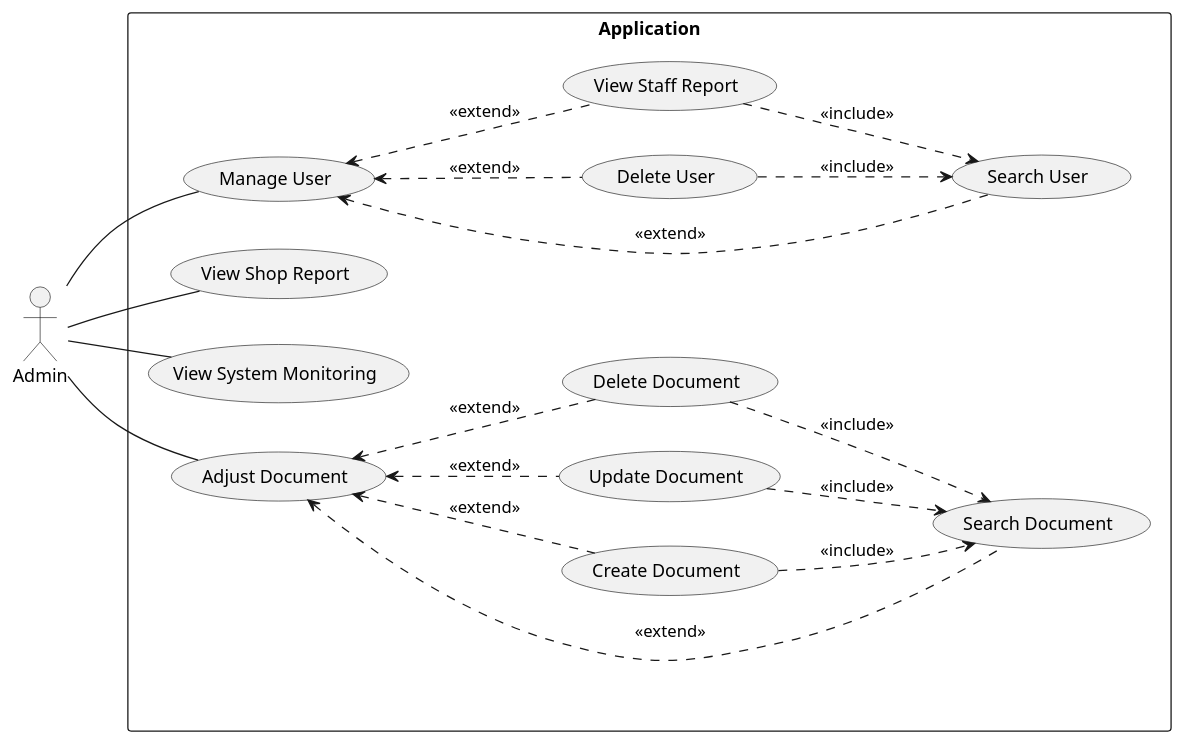
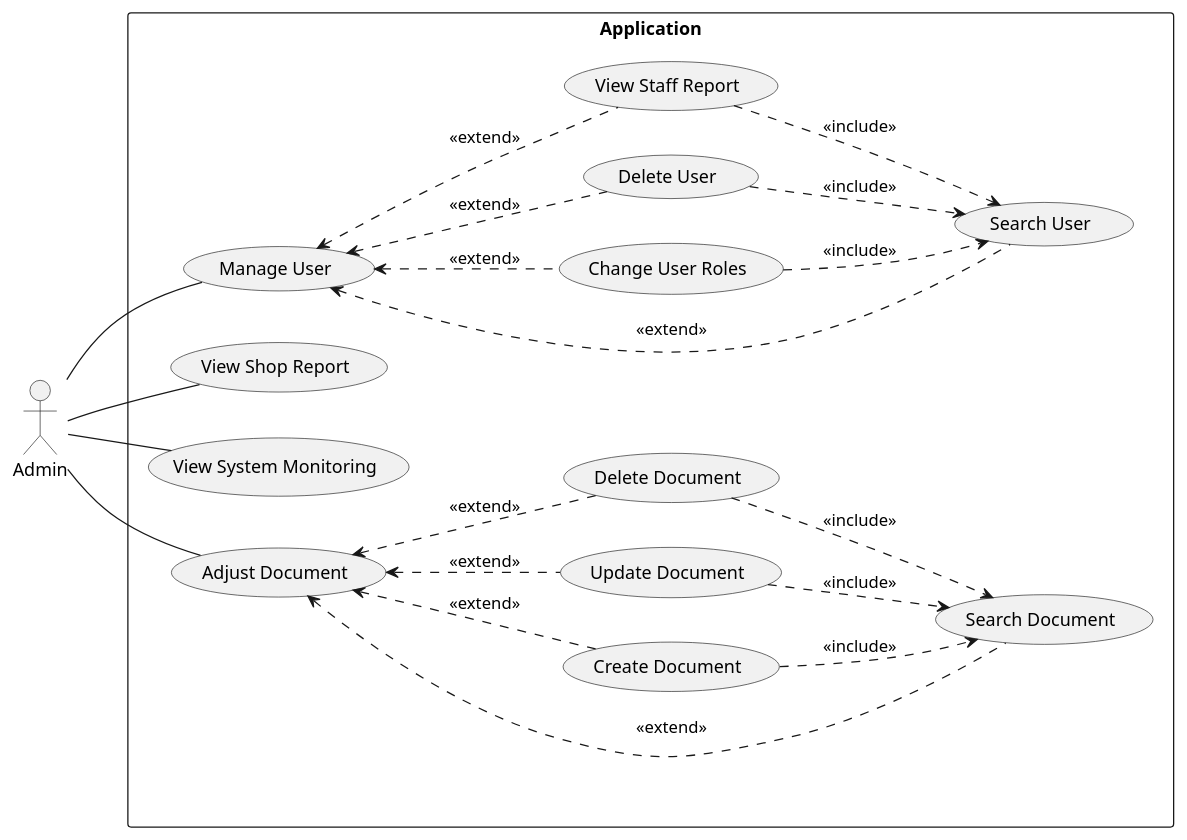
The diagram in docs/docs/use-case/admin.md (electricilies/electricilies.github.io), drawn with PlantUML before and after one commit.

Commit message:
chore(use-case): admin miss change roles

````diff
--- a/docs/docs/use-case/admin.md
+++ b/docs/docs/use-case/admin.md
@@ -3,39 +3,42 @@
 ```plantuml
 @startuml
 left to right direction
 actor Admin
 
 rectangle "Application" {
   usecase UC01 as "Manage User"
   usecase UC02 as "Search User"
-  usecase UC03 as "Delete User"
-  usecase UC04 as "View Staff Report"
-  usecase UC05 as "View Shop Report"
-  usecase UC06 as "View System Monitoring"
-  usecase UC07 as "Adjust Document"
-  usecase UC08 as "Search Document"
-  usecase UC09 as "Create Document"
-  usecase UC10 as "Update Document"
-  usecase UC11 as "Delete Document"
+  usecase UC03 as "Change User Roles"
+  usecase UC04 as "Delete User"
+  usecase UC05 as "View Staff Report"
+  usecase UC06 as "View Shop Report"
+  usecase UC07 as "View System Monitoring"
+  usecase UC08 as "Adjust Document"
+  usecase UC09 as "Search Document"
+  usecase UC10 as "Create Document"
+  usecase UC11 as "Update Document"
+  usecase UC12 as "Delete Document"
 }
 
 Admin -- UC01
-Admin -- UC05
 Admin -- UC06
 Admin -- UC07
+Admin -- UC08
 
 UC01 <.. UC02 : <<extend>>
 UC01 <.. UC03 : <<extend>>
 UC01 <.. UC04 : <<extend>>
+UC01 <.. UC05 : <<extend>>
 UC03 ..> UC02 : <<include>>
 UC04 ..> UC02 : <<include>>
-UC07 <.. UC08 : <<extend>>
-UC07 <.. UC09 : <<extend>>
-UC07 <.. UC10 : <<extend>>
-UC07 <.. UC11 : <<extend>>
-UC09 ..> UC08 : <<include>>
-UC10 ..> UC08 : <<include>>
-UC11 ..> UC08 : <<include>>
+UC05 ..> UC02 : <<include>>
+UC08 <.. UC09 : <<extend>>
+UC08 <.. UC10 : <<extend>>
+UC08 <.. UC11 : <<extend>>
+UC08 <.. UC12 : <<extend>>
+UC10 ..> UC09 : <<include>>
+UC11 ..> UC09 : <<include>>
+UC12 ..> UC09 : <<include>>
 
 @enduml
 ```
````
